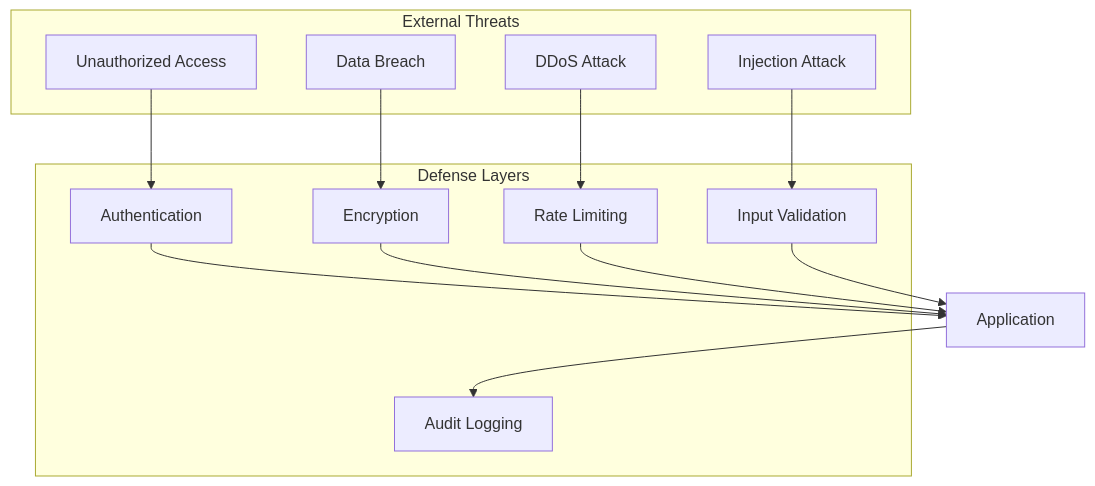
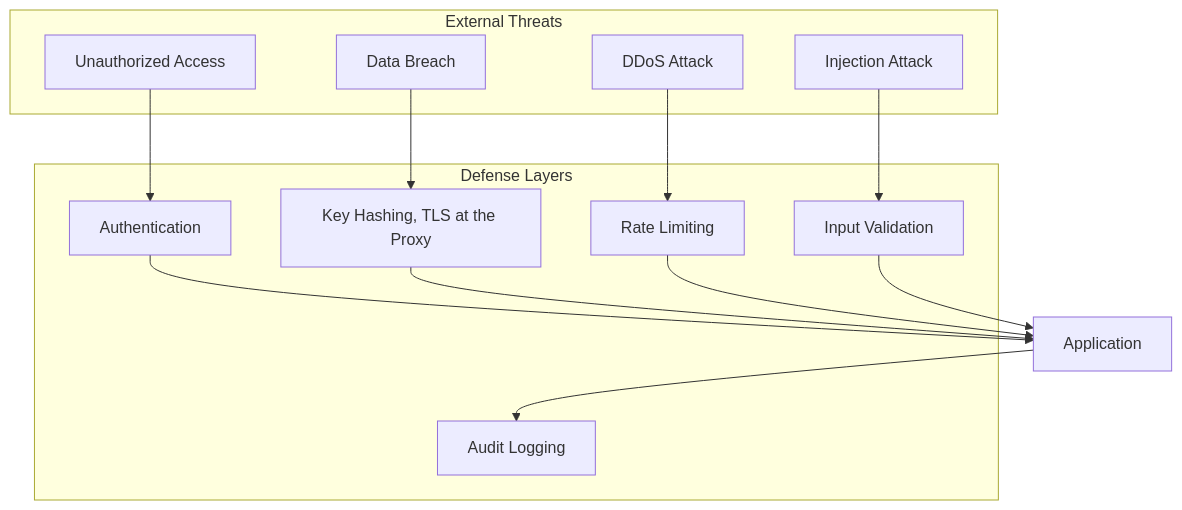
Before and after one commit to rmyndharis/OpenWA: the first of 9 diagrams in docs/04-security-design.md, drawn with Mermaid. The commit also changed 1 other file, not shown here.

Commit message:
docs(security): stop showing an encryption layer the gateway lacks
The security architecture diagram in the system architecture document
drew a Data Encryption step between the application and audit logging,
and the threat model in the security design mapped a data breach to an
Encryption defense. The gateway encrypts nothing at rest itself and
serves plain HTTP: the security design says so, and TLS is the
operator's reverse proxy. A reader could take the diagrams as
encryption inside the application and skip the volume or database
encryption that document recommends.

Remove the node, name the reverse proxy as the TLS layer, point to the
section that states what is and is not encrypted, and relabel the
defense against a data breach to the controls that exist (hashed keys,
TLS at the proxy).

````diff
--- a/docs/04-security-design.md
+++ b/docs/04-security-design.md
@@ -5,28 +5,28 @@
 ```mermaid
 flowchart TB
     subgraph External["External Threats"]
         A1[Unauthorized Access]
         A2[Data Breach]
         A3[DDoS Attack]
         A4[Injection Attack]
     end
 
     subgraph Defense["Defense Layers"]
         D1[Authentication]
-        D2[Encryption]
+        D2[Key Hashing, TLS at the Proxy]
         D3[Rate Limiting]
         D4[Input Validation]
         D5[Audit Logging]
     end
 
     A1 --> D1
     A2 --> D2
     A3 --> D3
     A4 --> D4
 
     D1 --> APP[Application]
     D2 --> APP
     D3 --> APP
     D4 --> APP
     APP --> D5
 ```
````
